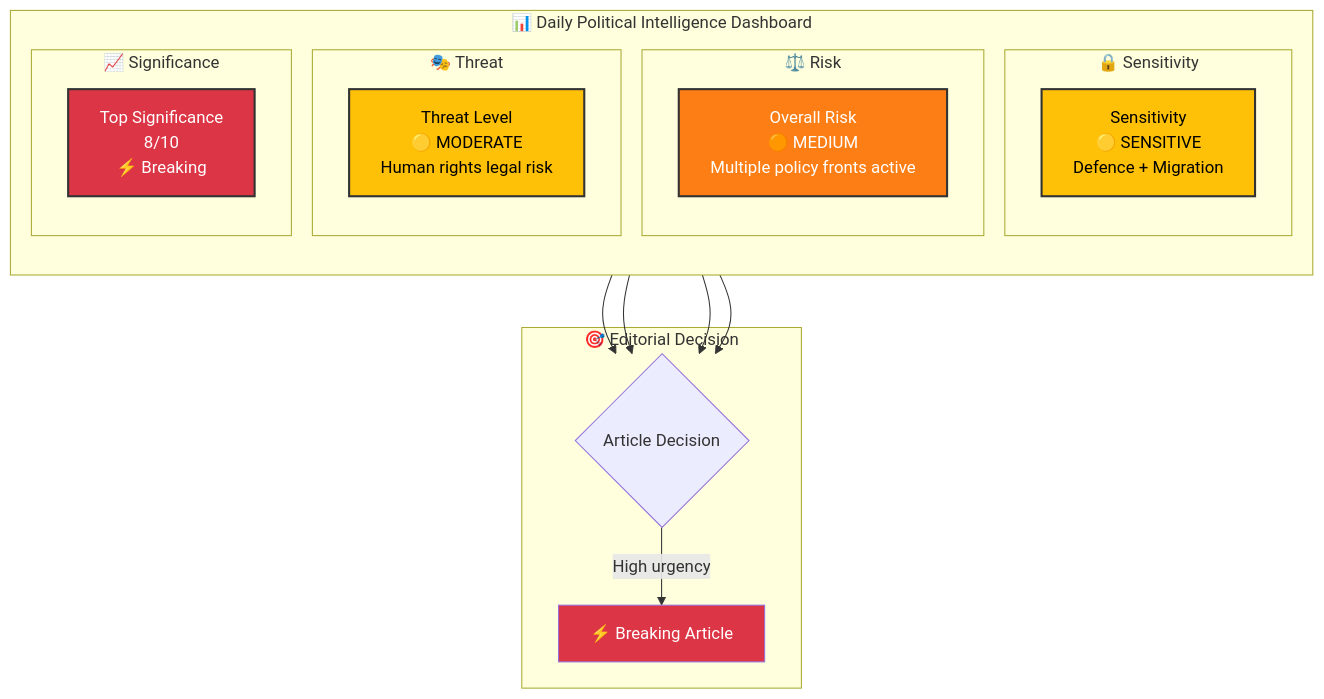
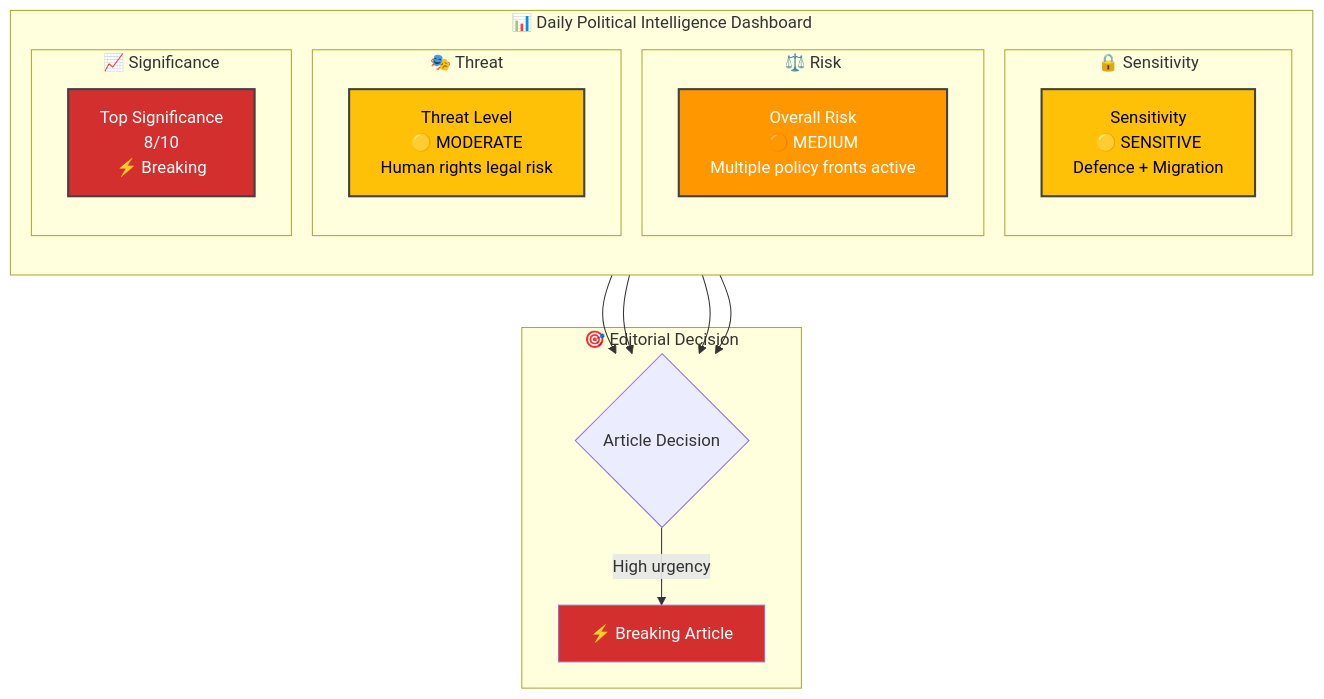
The first of 2 diagrams in analysis/daily/2026-04-01/synthesis-summary.md (Hack23/riksdagsmonitor), drawn with Mermaid before and after one commit. The commit also changed other lines of this file and 785 other files, not shown here.

First line of the commit message:
Normalize mermaid colors across 786 analysis artifacts to ISMS Style Guide palette

````diff
--- a/analysis/daily/2026-04-01/synthesis-summary.md
+++ b/analysis/daily/2026-04-01/synthesis-summary.md
@@ -25,34 +25,34 @@
 ```mermaid
 graph TD
     subgraph "📊 Daily Political Intelligence Dashboard"
         direction TB
         subgraph "🔒 Sensitivity"
             CLS["Sensitivity<br/>🟡 SENSITIVE<br/>Defence + Migration"]
         end
         subgraph "⚖️ Risk"
             RSK["Overall Risk<br/>🟠 MEDIUM<br/>Multiple policy fronts active"]
         end
         subgraph "🎭 Threat"
             THR["Threat Level<br/>🟡 MODERATE<br/>Human rights legal risk"]
         end
         subgraph "📈 Significance"
             SIG["Top Significance<br/>8/10<br/>⚡ Breaking"]
         end
     end
 
     subgraph "🎯 Editorial Decision"
         DEC{Article Decision}
         DEC -->|"High urgency"| BRK["⚡ Breaking Article"]
     end
 
     CLS --> DEC
     RSK --> DEC
     THR --> DEC
     SIG --> DEC
 
-    style CLS fill:#ffc107,stroke:#333,stroke-width:2px,color:#000
-    style RSK fill:#fd7e14,stroke:#333,stroke-width:2px,color:#fff
-    style THR fill:#ffc107,stroke:#333,stroke-width:2px,color:#000
-    style SIG fill:#dc3545,stroke:#333,stroke-width:2px,color:#fff
-    style BRK fill:#dc3545,color:#fff
+    style CLS fill:#FFC107,stroke:#424242,stroke-width:2px,color:#000000
+    style RSK fill:#FF9800,stroke:#424242,stroke-width:2px,color:#FFFFFF
+    style THR fill:#FFC107,stroke:#424242,stroke-width:2px,color:#000000
+    style SIG fill:#D32F2F,stroke:#424242,stroke-width:2px,color:#FFFFFF
+    style BRK fill:#D32F2F,color:#FFFFFF
 ```
````
